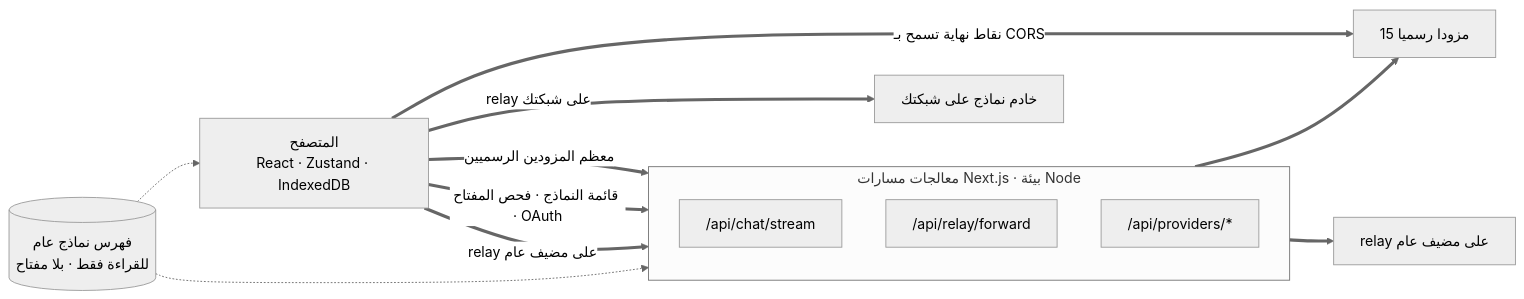
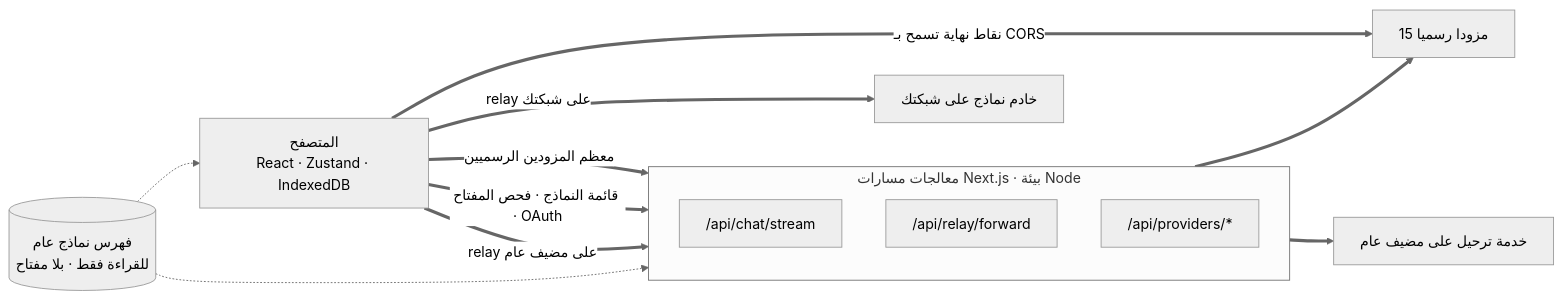
Before and after one commit to oriveo/oriveo: the first of 2 diagrams in readme_i18n/ar/web.md, drawn with Mermaid (neutral theme). The commit also changed other lines of this file and 89 other files, not shown here.

````diff
--- a/readme_i18n/ar/web.md
+++ b/readme_i18n/ar/web.md
@@ -61,24 +62,24 @@
 ```mermaid
 flowchart LR
     browser["المتصفح<br/>React · Zustand · IndexedDB"]
 
     subgraph server ["معالجات مسارات Next.js · بيئة Node"]
         direction TB
         chat["/api/chat/stream"]
         fwd["/api/relay/forward"]
         prov["/api/providers/*"]
     end
 
     official["15 مزودا رسميا"]
-    pubrelay["relay على مضيف عام"]
+    pubrelay["خدمة ترحيل على مضيف عام"]
     lan["خادم نماذج على شبكتك"]
     catalog[("فهرس نماذج عام<br/>للقراءة فقط · بلا مفتاح")]
 
     browser ==>|"معظم المزودين الرسميين"| chat ==> official
     browser ==>|"قائمة النماذج · فحص المفتاح · OAuth"| prov
     browser ==>|"relay على مضيف عام"| fwd ==> pubrelay
     browser ==>|"relay على شبكتك"| lan
     browser ==>|"نقاط نهاية تسمح بـ CORS"| official
     catalog -.-> browser
     catalog -.-> chat
 ```
````
